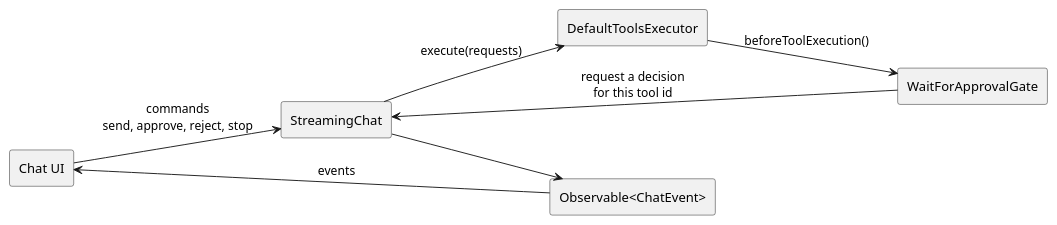
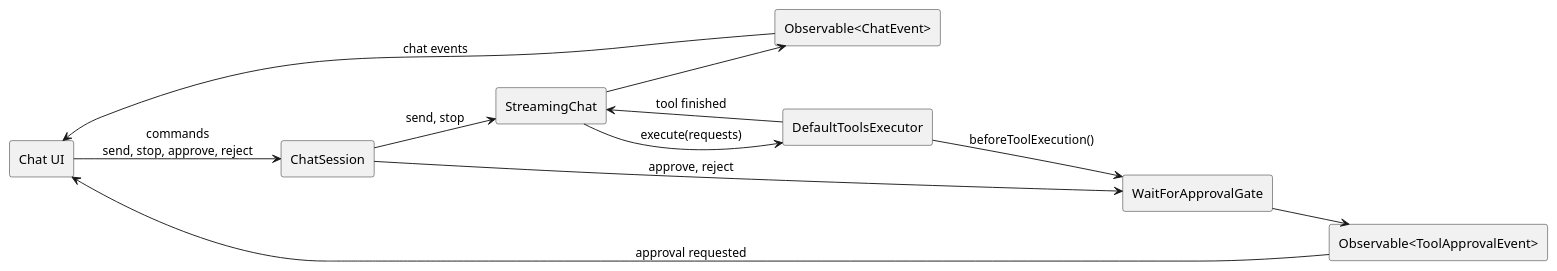
One commit to przemSzer/Desktop-LLM-Client changed the first of 3 diagrams in docs/StreamingChatArchitecture.adoc. Above: the diagram before and after it, drawn with PlantUML. The commit also changed other lines of this file and 25 other files, not shown here.

Commit message:
documentation for tools approval and for new architecture

```diff
--- a/docs/StreamingChatArchitecture.adoc
+++ b/docs/StreamingChatArchitecture.adoc
@@ -15,19 +15,25 @@
 [plantuml]
 ----
 @startuml
 left to right direction
 
 rectangle "Chat UI" as UI
+rectangle "ChatSession" as CS
 rectangle "StreamingChat" as SC
 rectangle "Observable<ChatEvent>" as OBS
 rectangle "DefaultToolsExecutor" as EX
 rectangle "WaitForApprovalGate" as GATE
+rectangle "Observable<ToolApprovalEvent>" as AOBS
 
-UI --> SC : commands\nsend, approve, reject, stop
+UI --> CS : commands\nsend, stop, approve, reject
+CS --> SC : send, stop
+CS --> GATE : approve, reject
 SC --> OBS
-OBS --> UI : events
+OBS --> UI : chat events
+GATE --> AOBS
+AOBS --> UI : approval requested
 SC --> EX : execute(requests)
 EX --> GATE : beforeToolExecution()
-GATE --> SC : request a decision\nfor this tool id
+EX --> SC : tool finished
 @enduml
 ----
```
